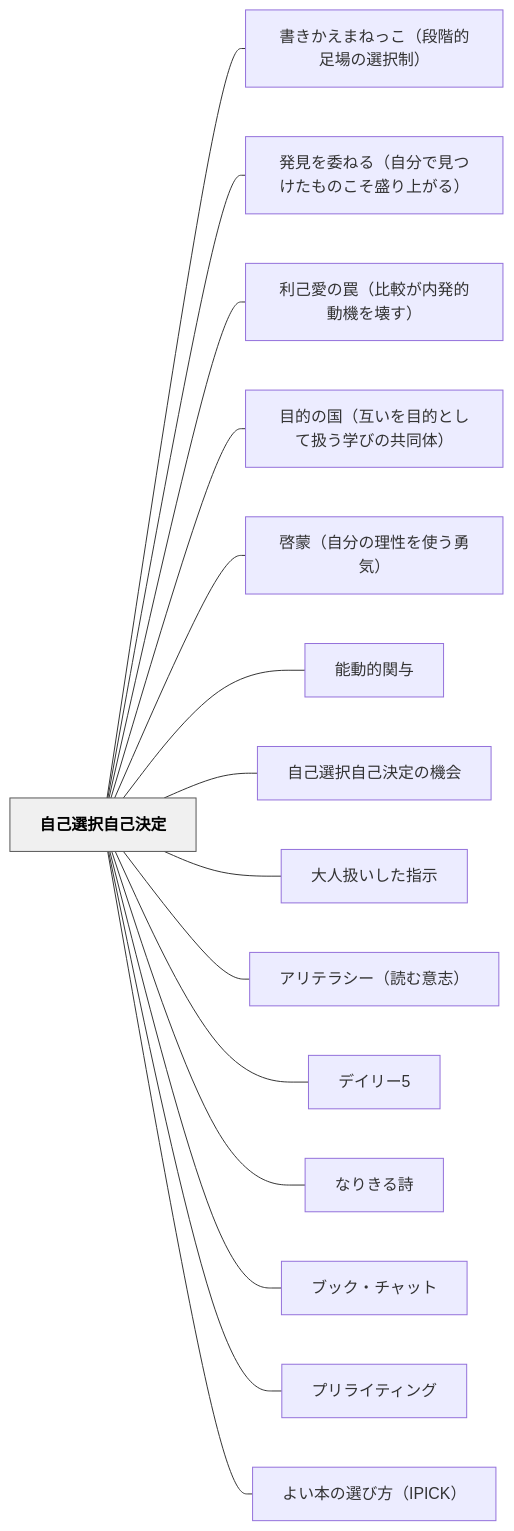
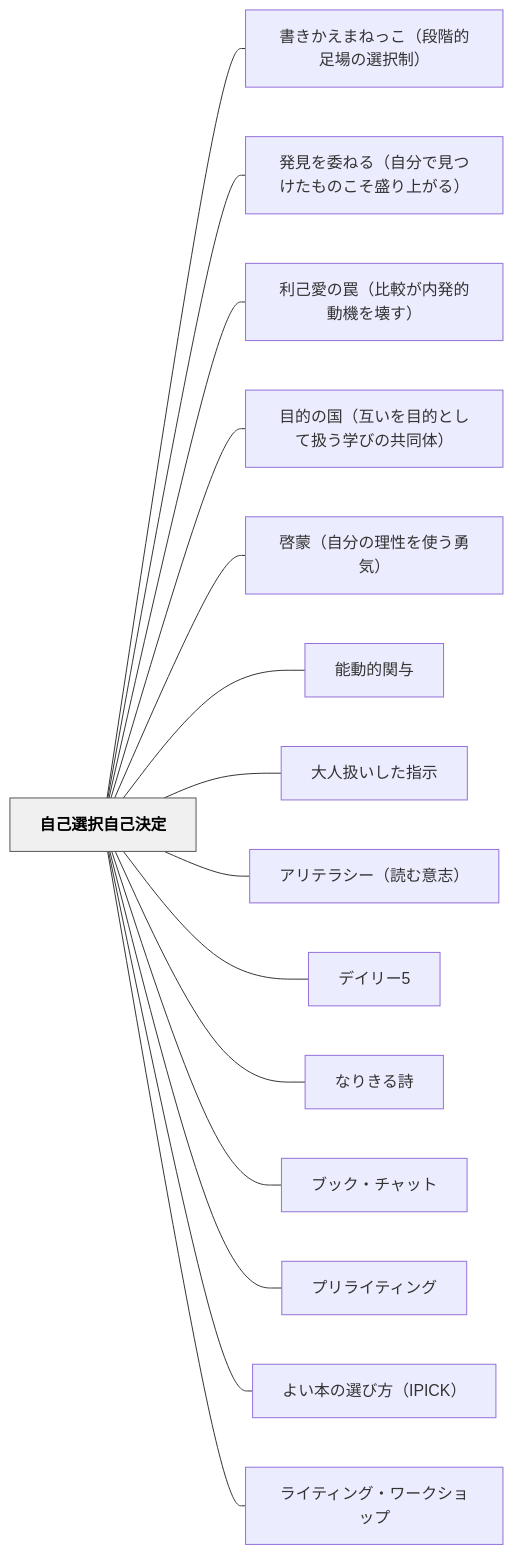
The diagram in content/パタン/自己選択自己決定.md (unknownthings-ed-patterns/unknownthings-ed-patterns), drawn with Mermaid before and after one commit. The commit also changed other lines of this file and 27 other files, not shown here.

````diff
--- a/content/パタン/自己選択自己決定.md
+++ b/content/パタン/自己選択自己決定.md
@@ -175,36 +182,36 @@
 ```mermaid
 flowchart LR
     ne887aae5b7b1e981b8e68a9ee887aae5b7b1e6b1bae5ae9a["自己選択自己決定"]
     ne69bb8e3818de3818be38188e381bee381ade381a3e38193efbc88e6aeb5e99a8ee79a84e8b6b3e5a0b4e381aee981b8e68a9ee588b6efbc89["書きかえまねっこ（段階的足場の選択制）"]
     ne799bae8a68be38292e5a794e381ade3828befbc88e887aae58886e381a7e8a68be381a4e38191e3819fe38282e381aee38193e3819de79b9be3828ae4b88ae3818ce3828befbc89["発見を委ねる（自分で見つけたものこそ盛り上がる）"]
     ne588a9e5b7b1e6849be381aee7bda0efbc88e6af94e8bc83e3818ce58685e799bae79a84e58b95e6a99fe38292e5a38ae38199efbc89["利己愛の罠（比較が内発的動機を壊す）"]
     ne79baee79a84e381aee59bbdefbc88e4ba92e38184e38292e79baee79a84e381a8e38197e381a6e689b1e38186e5ada6e381b3e381aee585b1e5908ce4bd93efbc89["目的の国（互いを目的として扱う学びの共同体）"]
     ne59593e89299efbc88e887aae58886e381aee79086e680a7e38292e4bdbfe38186e58b87e6b097efbc89["啓蒙（自分の理性を使う勇気）"]
     ne883bde58b95e79a84e996a2e4b88e["能動的関与"]
-    ne887aae5b7b1e981b8e68a9ee887aae5b7b1e6b1bae5ae9ae381aee6a99fe4bc9a["自己選択自己決定の機会"]
     ne5a4a7e4babae689b1e38184e38197e3819fe68c87e7a4ba["大人扱いした指示"]
     ne382a2e383aae38386e383a9e382b7e383bcefbc88e8aaade38280e6848fe5bf97efbc89["アリテラシー（読む意志）"]
     ne38387e382a4e383aae383bc35["デイリー5"]
     ne381aae3828ae3818de3828be8a9a9["なりきる詩"]
     ne38396e38383e382afe383bbe38381e383a3e38383e38388["ブック・チャット"]
     ne38397e383aae383a9e382a4e38386e382a3e383b3e382b0["プリライティング"]
     ne38288e38184e69cace381aee981b8e381b3e696b9efbc88495049434befbc89["よい本の選び方（IPICK）"]
+    ne383a9e382a4e38386e382a3e383b3e382b0e383bbe383afe383bce382afe382b7e383a7e38383e38397["ライティング・ワークショップ"]
 
     ne887aae5b7b1e981b8e68a9ee887aae5b7b1e6b1bae5ae9a --- ne69bb8e3818de3818be38188e381bee381ade381a3e38193efbc88e6aeb5e99a8ee79a84e8b6b3e5a0b4e381aee981b8e68a9ee588b6efbc89
     ne887aae5b7b1e981b8e68a9ee887aae5b7b1e6b1bae5ae9a --- ne799bae8a68be38292e5a794e381ade3828befbc88e887aae58886e381a7e8a68be381a4e38191e3819fe38282e381aee38193e3819de79b9be3828ae4b88ae3818ce3828befbc89
     ne887aae5b7b1e981b8e68a9ee887aae5b7b1e6b1bae5ae9a --- ne588a9e5b7b1e6849be381aee7bda0efbc88e6af94e8bc83e3818ce58685e799bae79a84e58b95e6a99fe38292e5a38ae38199efbc89
     ne887aae5b7b1e981b8e68a9ee887aae5b7b1e6b1bae5ae9a --- ne79baee79a84e381aee59bbdefbc88e4ba92e38184e38292e79baee79a84e381a8e38197e381a6e689b1e38186e5ada6e381b3e381aee585b1e5908ce4bd93efbc89
     ne887aae5b7b1e981b8e68a9ee887aae5b7b1e6b1bae5ae9a --- ne59593e89299efbc88e887aae58886e381aee79086e680a7e38292e4bdbfe38186e58b87e6b097efbc89
     ne887aae5b7b1e981b8e68a9ee887aae5b7b1e6b1bae5ae9a --- ne883bde58b95e79a84e996a2e4b88e
-    ne887aae5b7b1e981b8e68a9ee887aae5b7b1e6b1bae5ae9a --- ne887aae5b7b1e981b8e68a9ee887aae5b7b1e6b1bae5ae9ae381aee6a99fe4bc9a
     ne887aae5b7b1e981b8e68a9ee887aae5b7b1e6b1bae5ae9a --- ne5a4a7e4babae689b1e38184e38197e3819fe68c87e7a4ba
     ne887aae5b7b1e981b8e68a9ee887aae5b7b1e6b1bae5ae9a --- ne382a2e383aae38386e383a9e382b7e383bcefbc88e8aaade38280e6848fe5bf97efbc89
     ne887aae5b7b1e981b8e68a9ee887aae5b7b1e6b1bae5ae9a --- ne38387e382a4e383aae383bc35
     ne887aae5b7b1e981b8e68a9ee887aae5b7b1e6b1bae5ae9a --- ne381aae3828ae3818de3828be8a9a9
     ne887aae5b7b1e981b8e68a9ee887aae5b7b1e6b1bae5ae9a --- ne38396e38383e382afe383bbe38381e383a3e38383e38388
     ne887aae5b7b1e981b8e68a9ee887aae5b7b1e6b1bae5ae9a --- ne38397e383aae383a9e382a4e38386e382a3e383b3e382b0
     ne887aae5b7b1e981b8e68a9ee887aae5b7b1e6b1bae5ae9a --- ne38288e38184e69cace381aee981b8e381b3e696b9efbc88495049434befbc89
+    ne887aae5b7b1e981b8e68a9ee887aae5b7b1e6b1bae5ae9a --- ne383a9e382a4e38386e382a3e383b3e382b0e383bbe383afe383bce382afe382b7e383a7e38383e38397
 
     classDef hub fill:#f0f0f0,stroke:#555,color:#000,font-weight:bold
     class ne887aae5b7b1e981b8e68a9ee887aae5b7b1e6b1bae5ae9a hub
 ```
````
